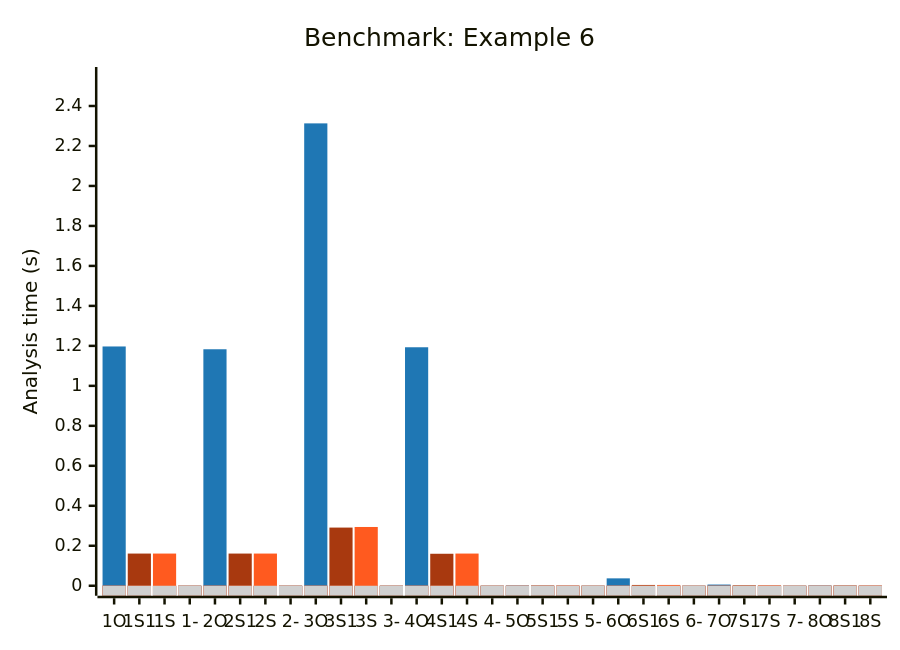
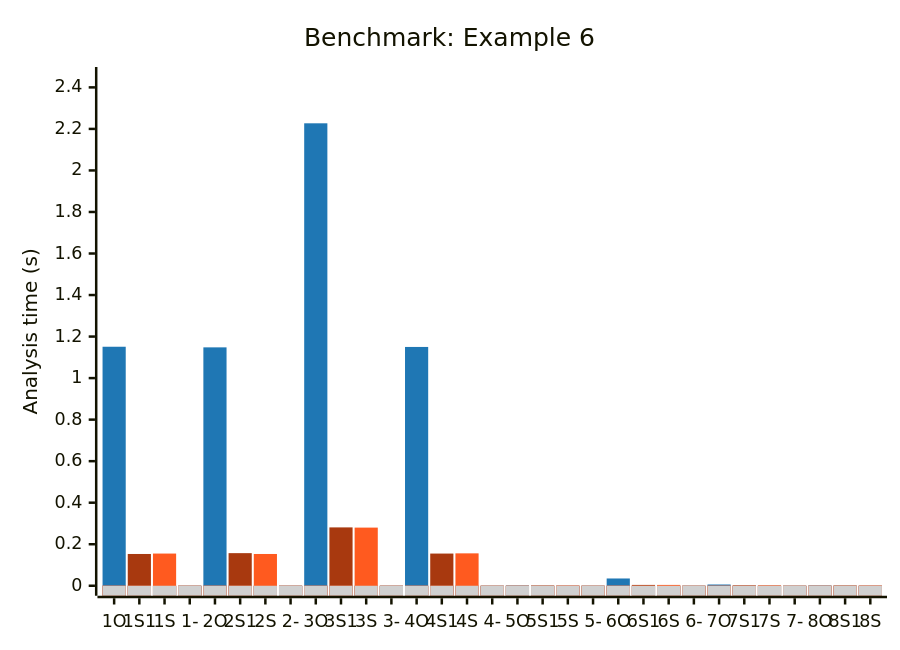
The ninth of 9 diagrams in docs/benchmark-opensees-examples.md (NathanaelRea/Strut), drawn with Mermaid before and after one commit. The commit also changed other lines of this file and 23 other files, not shown here.

````diff
--- a/docs/benchmark-opensees-examples.md
+++ b/docs/benchmark-opensees-examples.md
@@ -232,16 +230,16 @@
 ```mermaid
 ---
 config:
   themeVariables:
     xyChart:
       plotColorPalette: '#1f77b4, #a8390f, #FF5A1F, #d0d0d0'
 ---
 xychart-beta
     title "Benchmark: Example 6"
     x-axis ["1O", "1S1", "1S", "1-", "2O", "2S1", "2S", "2-", "3O", "3S1", "3S", "3-", "4O", "4S1", "4S", "4-", "5O", "5S1", "5S", "5-", "6O", "6S1", "6S", "6-", "7O", "7S1", "7S", "7-", "8O", "8S1", "8S"]
-    y-axis "Analysis time (s)" 0 --> 2.545
-    bar "OS" [1.197, 0.0, 0.0, 0.0, 1.183, 0.0, 0.0, 0.0, 2.313, 0.0, 0.0, 0.0, 1.193, 0.0, 0.0, 0.0, 0.001, 0.0, 0.0, 0.0, 0.037, 0.0, 0.0, 0.0, 0.006, 0.0, 0.0, 0.0, 0.001, 0.0, 0.0]
-    bar "STR1" [0.0, 0.161, 0.0, 0.0, 0.0, 0.161, 0.0, 0.0, 0.0, 0.291, 0.0, 0.0, 0.0, 0.160, 0.0, 0.0, 0.0, 0.001, 0.0, 0.0, 0.0, 0.004, 0.0, 0.0, 0.0, 0.002, 0.0, 0.0, 0.0, 0.001, 0.0]
-    bar "STR" [0.0, 0.0, 0.161, 0.0, 0.0, 0.0, 0.161, 0.0, 0.0, 0.0, 0.294, 0.0, 0.0, 0.0, 0.161, 0.0, 0.0, 0.0, 0.001, 0.0, 0.0, 0.0, 0.004, 0.0, 0.0, 0.0, 0.002, 0.0, 0.0, 0.0, 0.001]
+    y-axis "Analysis time (s)" 0 --> 2.450
+    bar "OS" [1.151, 0.0, 0.0, 0.0, 1.148, 0.0, 0.0, 0.0, 2.227, 0.0, 0.0, 0.0, 1.150, 0.0, 0.0, 0.0, 0.001, 0.0, 0.0, 0.0, 0.035, 0.0, 0.0, 0.0, 0.006, 0.0, 0.0, 0.0, 0.001, 0.0, 0.0]
+    bar "STR1" [0.0, 0.153, 0.0, 0.0, 0.0, 0.157, 0.0, 0.0, 0.0, 0.281, 0.0, 0.0, 0.0, 0.155, 0.0, 0.0, 0.0, 0.001, 0.0, 0.0, 0.0, 0.004, 0.0, 0.0, 0.0, 0.002, 0.0, 0.0, 0.0, 0.001, 0.0]
+    bar "STR" [0.0, 0.0, 0.155, 0.0, 0.0, 0.0, 0.153, 0.0, 0.0, 0.0, 0.280, 0.0, 0.0, 0.0, 0.156, 0.0, 0.0, 0.0, 0.001, 0.0, 0.0, 0.0, 0.004, 0.0, 0.0, 0.0, 0.002, 0.0, 0.0, 0.0, 0.001]
     bar "mask" [0.0, 0.0, 0.0, 0.0, 0.0, 0.0, 0.0, 0.0, 0.0, 0.0, 0.0, 0.0, 0.0, 0.0, 0.0, 0.0, 0.0, 0.0, 0.0, 0.0, 0.0, 0.0, 0.0, 0.0, 0.0, 0.0, 0.0, 0.0, 0.0, 0.0, 0.0]
 ```
````
